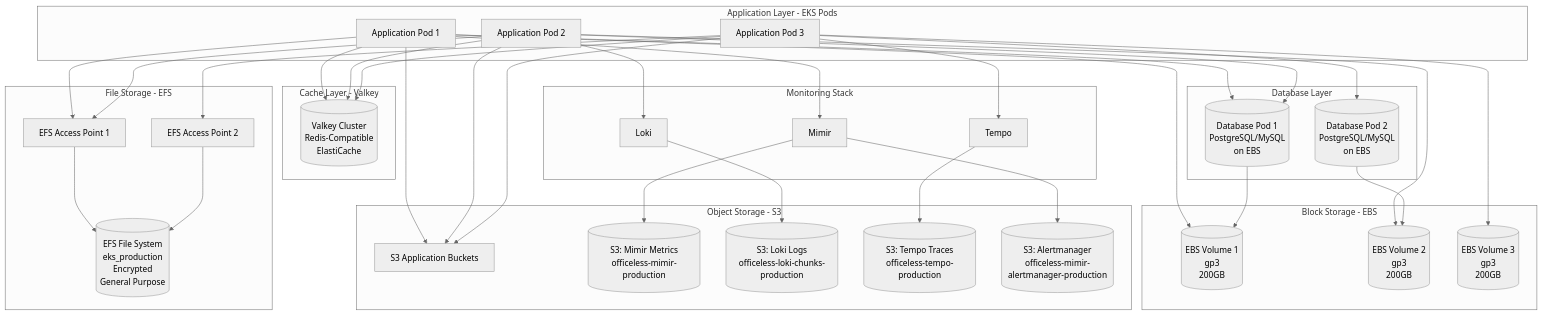
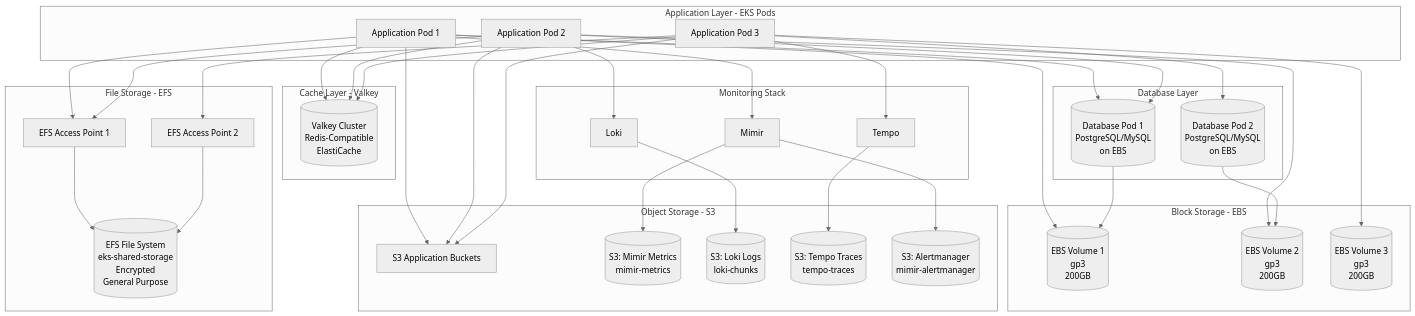
One commit to officeless-platform/officeless-platform changed the diagram in diagrams/database.mmd. Above: the diagram before and after it, drawn with Mermaid (neutral theme). The commit also changed 11 other files, not shown here.

```diff
--- a/diagrams/database.mmd
+++ b/diagrams/database.mmd
@@ -1,74 +1,74 @@
 graph TB
     subgraph "Application Layer - EKS Pods"
         App1[Application Pod 1]
         App2[Application Pod 2]
         App3[Application Pod 3]
     end
     
     subgraph "Block Storage - EBS"
         EBS1[(EBS Volume 1<br/>gp3<br/>200GB)]
         EBS2[(EBS Volume 2<br/>gp3<br/>200GB)]
         EBS3[(EBS Volume 3<br/>gp3<br/>200GB)]
     end
     
     subgraph "File Storage - EFS"
-        EFS[(EFS File System<br/>eks_production<br/>Encrypted<br/>General Purpose)]
+        EFS[(EFS File System<br/>eks-shared-storage<br/>Encrypted<br/>General Purpose)]
         EFS_AP1[EFS Access Point 1]
         EFS_AP2[EFS Access Point 2]
     end
     
     subgraph "Object Storage - S3"
         S3_App[S3 Application Buckets]
-        S3_Mimir[(S3: Mimir Metrics<br/>officeless-mimir-production)]
-        S3_Loki[(S3: Loki Logs<br/>officeless-loki-chunks-production)]
-        S3_Tempo[(S3: Tempo Traces<br/>officeless-tempo-production)]
-        S3_Alert[(S3: Alertmanager<br/>officeless-mimir-alertmanager-production)]
+        S3_Mimir[(S3: Mimir Metrics<br/>mimir-metrics)]
+        S3_Loki[(S3: Loki Logs<br/>loki-chunks)]
+        S3_Tempo[(S3: Tempo Traces<br/>tempo-traces)]
+        S3_Alert[(S3: Alertmanager<br/>mimir-alertmanager)]
     end
     
     subgraph "Cache Layer - Valkey"
         Valkey[(Valkey Cluster<br/>Redis-Compatible<br/>ElastiCache)]
     end
     
     subgraph "Database Layer"
         DB1[(Database Pod 1<br/>PostgreSQL/MySQL<br/>on EBS)]
         DB2[(Database Pod 2<br/>PostgreSQL/MySQL<br/>on EBS)]
     end
     
     subgraph "Monitoring Stack"
         Mimir[Mimir]
         Loki[Loki]
         Tempo[Tempo]
     end
     
     App1 --> EBS1
     App2 --> EBS2
     App3 --> EBS3
     
     App1 --> EFS_AP1
     App2 --> EFS_AP1
     App3 --> EFS_AP2
     EFS_AP1 --> EFS
     EFS_AP2 --> EFS
     
     App1 --> S3_App
     App2 --> S3_App
     App3 --> S3_App
     
     App1 --> Valkey
     App2 --> Valkey
     App3 --> Valkey
     
     App1 --> DB1
     App2 --> DB1
     App3 --> DB2
     DB1 --> EBS1
     DB2 --> EBS2
     
     Mimir --> S3_Mimir
     Loki --> S3_Loki
     Tempo --> S3_Tempo
     Mimir --> S3_Alert
     
     App1 --> Mimir
     App2 --> Loki
     App3 --> Tempo
```
